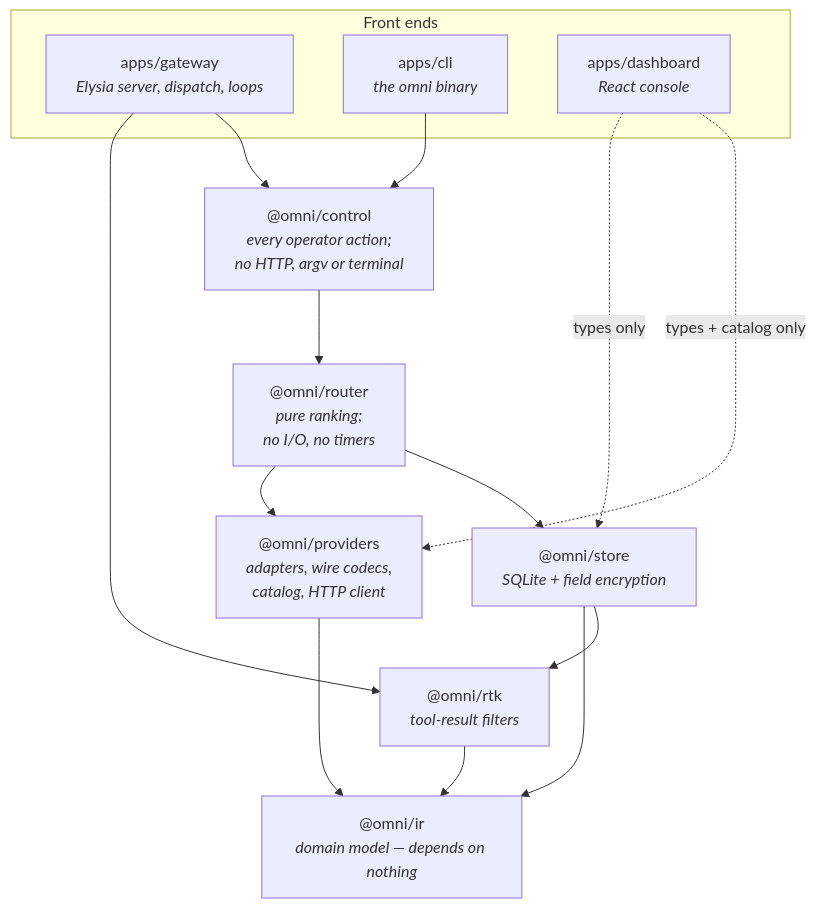
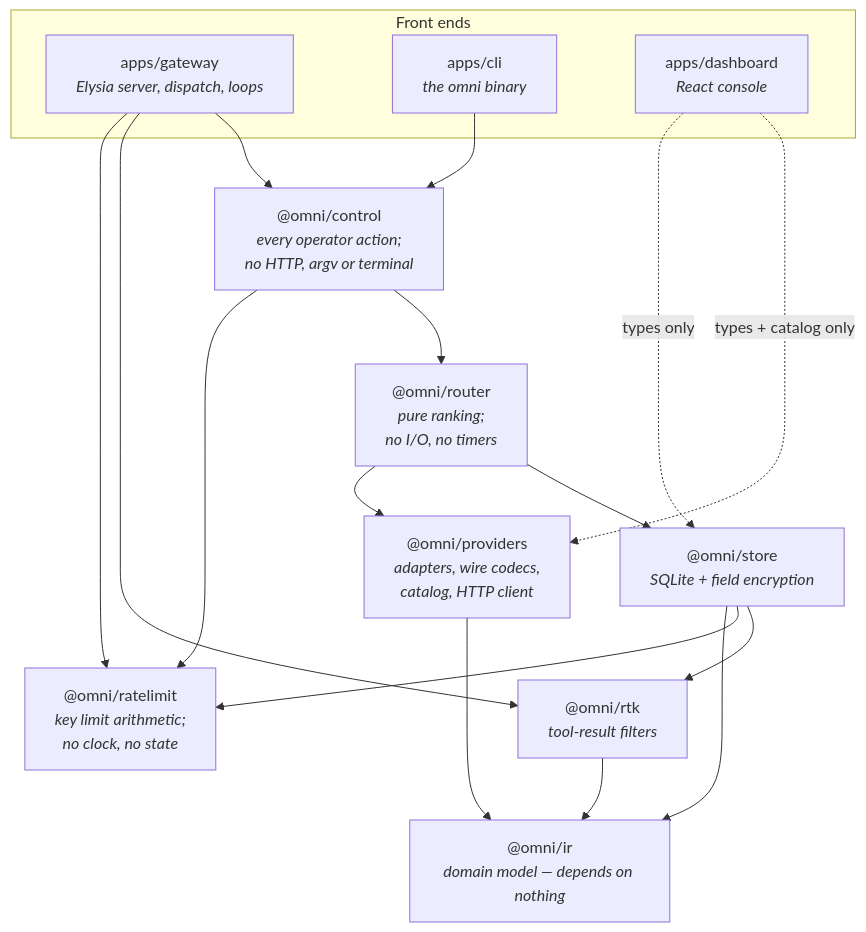
One commit to harismawan/omnigateway changed the diagram in README.md. Above: the diagram before and after it, drawn with Mermaid. The commit also changed other lines of this file, not shown here.

First line of the commit message:
docs: put @omni/ratelimit on the package graph

````diff
--- a/README.md
+++ b/README.md
@@ -60,28 +60,32 @@
 ```mermaid
 graph TD
   subgraph frontends[Front ends]
     gateway["apps/gateway<br/><i>Elysia server, dispatch, loops</i>"]
     cli["apps/cli<br/><i>the omni binary</i>"]
     dashboard["apps/dashboard<br/><i>React console</i>"]
   end
 
   control["@omni/control<br/><i>every operator action;<br/>no HTTP, argv or terminal</i>"]
   router["@omni/router<br/><i>pure ranking;<br/>no I/O, no timers</i>"]
   store["@omni/store<br/><i>SQLite + field encryption</i>"]
   providers["@omni/providers<br/><i>adapters, wire codecs,<br/>catalog, HTTP client</i>"]
   rtk["@omni/rtk<br/><i>tool-result filters</i>"]
+  ratelimit["@omni/ratelimit<br/><i>key limit arithmetic;<br/>no clock, no state</i>"]
   ir["@omni/ir<br/><i>domain model — depends on nothing</i>"]
 
   gateway --> control
   gateway --> rtk
+  gateway --> ratelimit
   cli --> control
   dashboard -. "types + catalog only" .-> providers
   dashboard -. "types only" .-> store
   control --> router
+  control --> ratelimit
   router --> store
   router --> providers
   store --> rtk
+  store --> ratelimit
   providers --> ir
   rtk --> ir
   store --> ir
 ```
````
